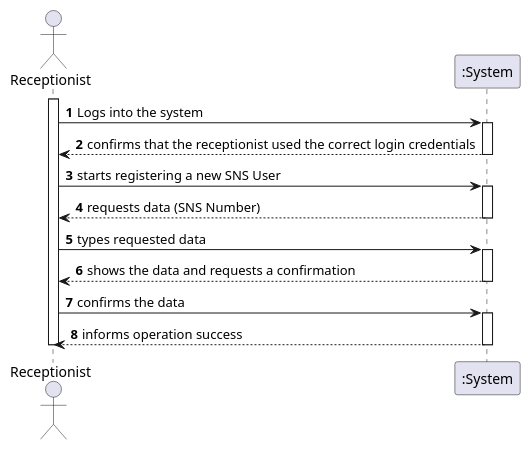
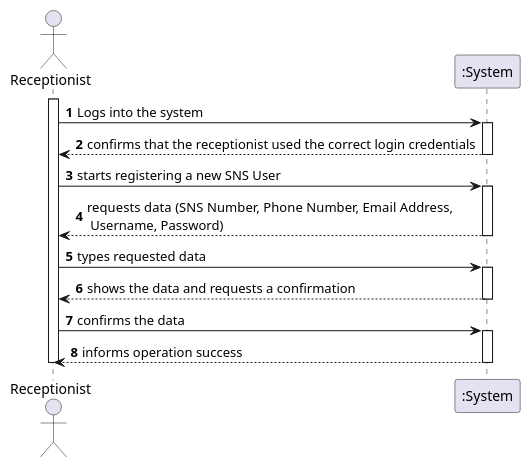
One commit to PedroMesquita1211171/VaccinationManager changed the diagram in docs/SprintB/US/US3/US003_SSD.puml. Above: the diagram before and after it, drawn with PlantUML. The commit also changed 2 other files, not shown here.

```diff
--- a/docs/SprintB/US/US3/US003_SSD.puml
+++ b/docs/SprintB/US/US3/US003_SSD.puml
@@ -1,28 +1,28 @@
 @startuml
 autonumber
 actor "Receptionist" as rcp
 
 activate rcp
 rcp -> ":System" : Logs into the system
 activate ":System"
 ":System" --> rcp : confirms that the receptionist used the correct login credentials
 deactivate ":System"
 
 rcp -> ":System" : starts registering a new SNS User
 activate ":System"
-":System" --> rcp : requests data (SNS Number)
+":System" --> rcp : requests data (SNS Number, Phone Number, Email Address, \n Username, Password)
 deactivate ":System"
 
 rcp -> ":System" : types requested data
 activate ":System"
 ":System" --> rcp : shows the data and requests a confirmation
 deactivate ":System"
 
 rcp -> ":System" : confirms the data
 activate ":System"
 ":System" --> rcp : informs operation success
 deactivate ":System"
 
 deactivate rcp
 
 @enduml
```
